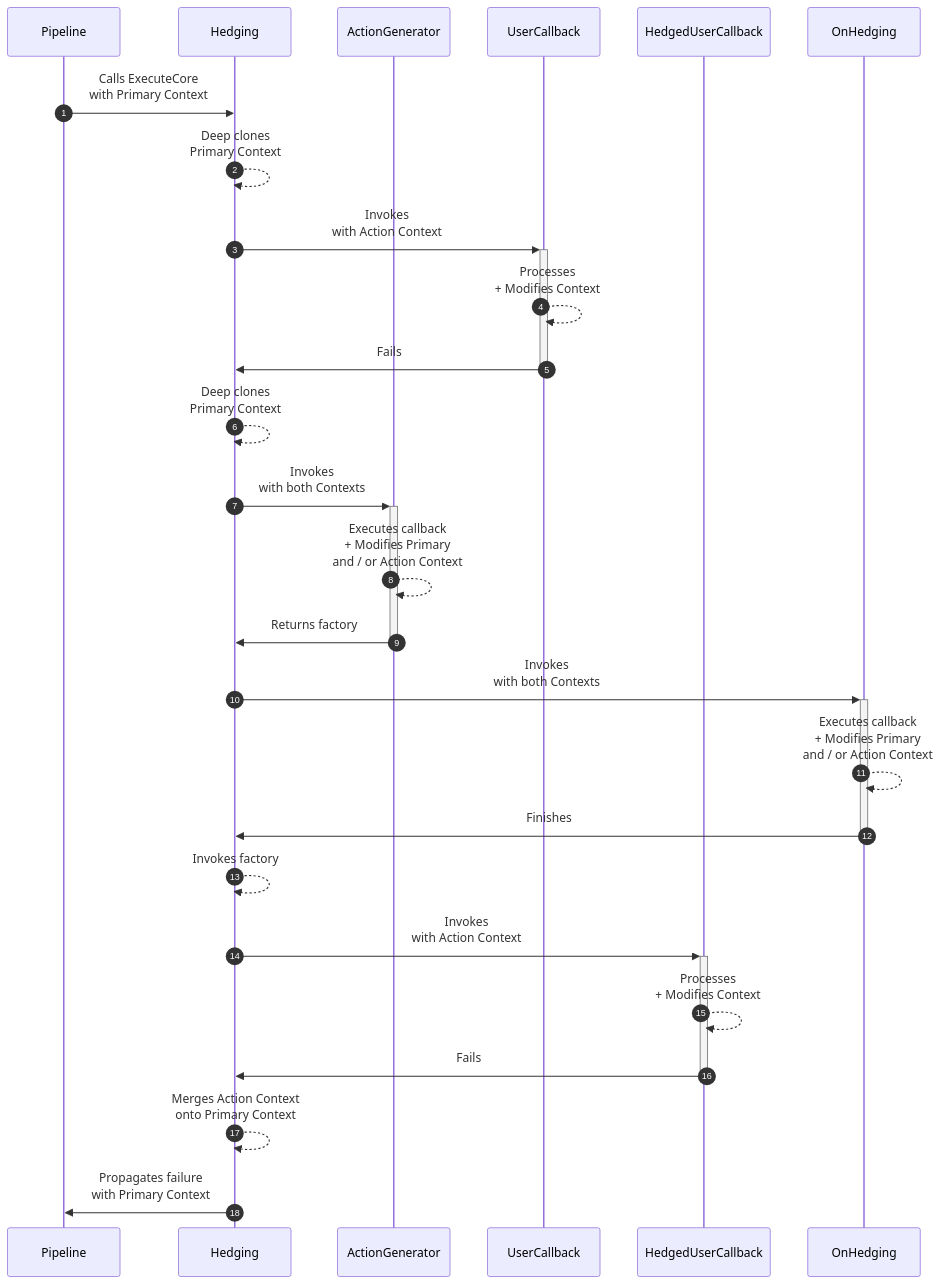
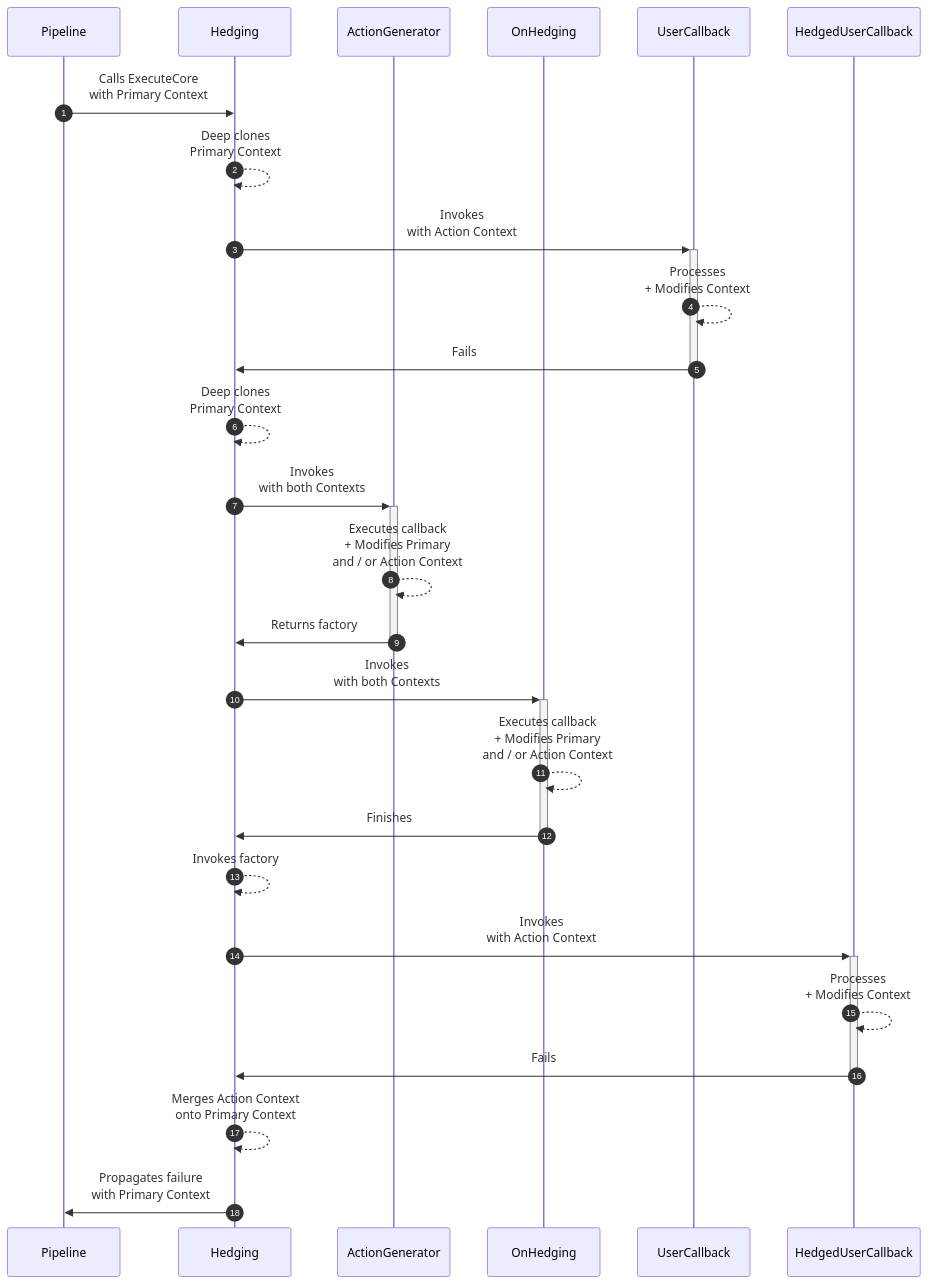
One commit to App-vNext/Polly changed the ninth of 10 diagrams in docs/strategies/hedging.md. Above: the diagram before and after it, drawn with Mermaid. The commit also changed other lines of this file, not shown here.

Commit message:
Move OnHedging participant next to ActionGenerator

````diff
--- a/docs/strategies/hedging.md
+++ b/docs/strategies/hedging.md
@@ -478,34 +478,34 @@
 ```mermaid
 sequenceDiagram
     autonumber
     participant P as Pipeline
     participant H as Hedging
     participant AG as ActionGenerator
+    participant OH as OnHedging
     participant UC as UserCallback
     participant HUC as HedgedUserCallback
-    participant OH as OnHedging
 
     P->>H: Calls ExecuteCore <br/>with Primary Context
     H-->>H: Deep clones <br/>Primary Context
 
     H->>+UC: Invokes <br/>with Action Context
     UC-->>UC: Processes <br/>+ Modifies Context
     UC->>-H: Fails
 
     H-->>H: Deep clones <br/>Primary Context
     H->>+AG: Invokes <br/>with both Contexts
     AG-->>AG: Executes callback <br/>+ Modifies Primary <br/> and / or Action Context
     AG->>-H: Returns factory
 
     H->>+OH: Invokes <br/>with both Contexts
     OH-->>OH: Executes callback <br/>+ Modifies Primary <br/> and / or Action Context
     OH->>-H: Finishes
 
     H-->>H: Invokes factory
     H->>+HUC: Invokes <br/>with Action Context
     HUC-->>HUC: Processes <br/>+ Modifies Context
     HUC->>-H: Fails
 
     H-->>H: Merges Action Context <br/>onto Primary Context
     H->>P: Propagates failure <br/>with Primary Context
 ```
````
